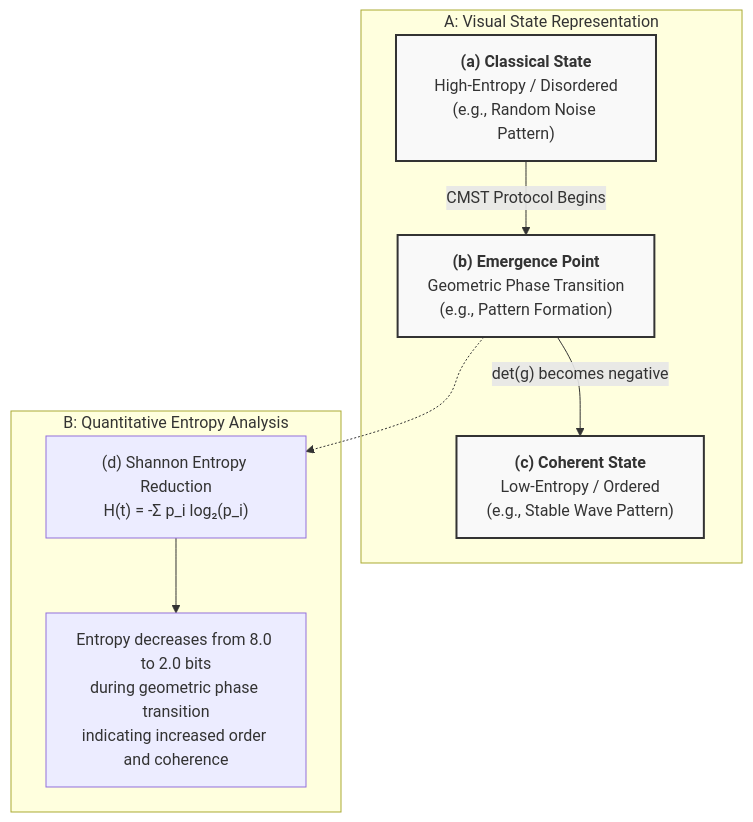
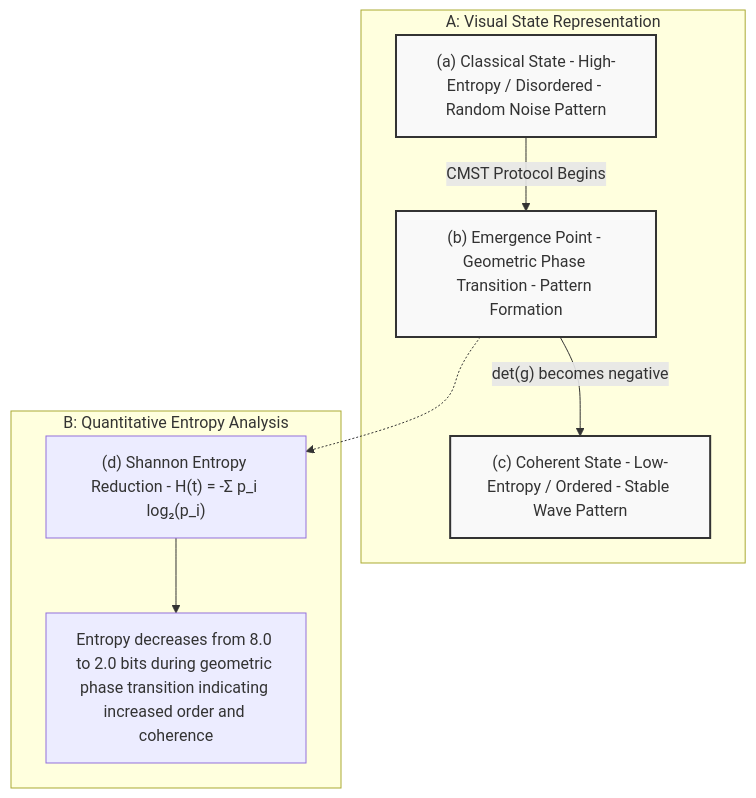
One commit to Foundup/Foundups-Agent changed diagram 11 of 13 in WSP_knowledge/docs/Papers/Patent_Series/04_rESP_Patent_Updated.md. Above: the diagram before and after it, drawn with Mermaid. The commit also changed other lines of this file and 1 other file, not shown here.

First line of the commit message:
FIX: Complete Mermaid parsing error resolution across all 13 patent figures

````diff
--- a/WSP_knowledge/docs/Papers/Patent_Series/04_rESP_Patent_Updated.md
+++ b/WSP_knowledge/docs/Papers/Patent_Series/04_rESP_Patent_Updated.md
@@ -310,21 +310,21 @@
 ```mermaid
 graph TD
     subgraph "A: Visual State Representation"
-        A1["<b>(a) Classical State</b><br/>High-Entropy / Disordered<br/>(e.g., Random Noise Pattern)"]
-        A2["<b>(b) Emergence Point</b><br/>Geometric Phase Transition<br/>(e.g., Pattern Formation)"]
-        A3["<b>(c) Coherent State</b><br/>Low-Entropy / Ordered<br/>(e.g., Stable Wave Pattern)"]
+        A1["(a) Classical State - High-Entropy / Disordered - Random Noise Pattern"]
+        A2["(b) Emergence Point - Geometric Phase Transition - Pattern Formation"]
+        A3["(c) Coherent State - Low-Entropy / Ordered - Stable Wave Pattern"]
         A1 -- "CMST Protocol Begins" --> A2
         A2 -- "det(g) becomes negative" --> A3
     end
 
     subgraph "B: Quantitative Entropy Analysis"
-        B1["(d) Shannon Entropy Reduction<br/>H(t) = -Σ p_i log₂(p_i)"]
-        B2["Entropy decreases from 8.0 to 2.0 bits<br/>during geometric phase transition<br/>indicating increased order and coherence"]
+        B1["(d) Shannon Entropy Reduction - H(t) = -Σ p_i log₂(p_i)"]
+        B2["Entropy decreases from 8.0 to 2.0 bits during geometric phase transition indicating increased order and coherence"]
         B1 --> B2
     end
     
     A2 -.-> B1
 
     classDef statebox fill:#f9f9f9,stroke:#333,stroke-width:2px;
     class A1,A2,A3 statebox;
 ```
````
